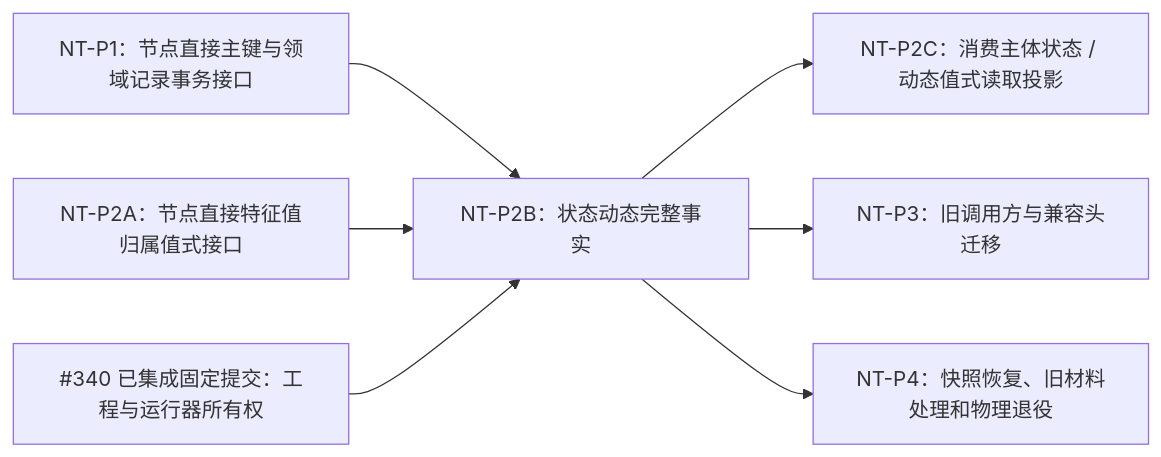
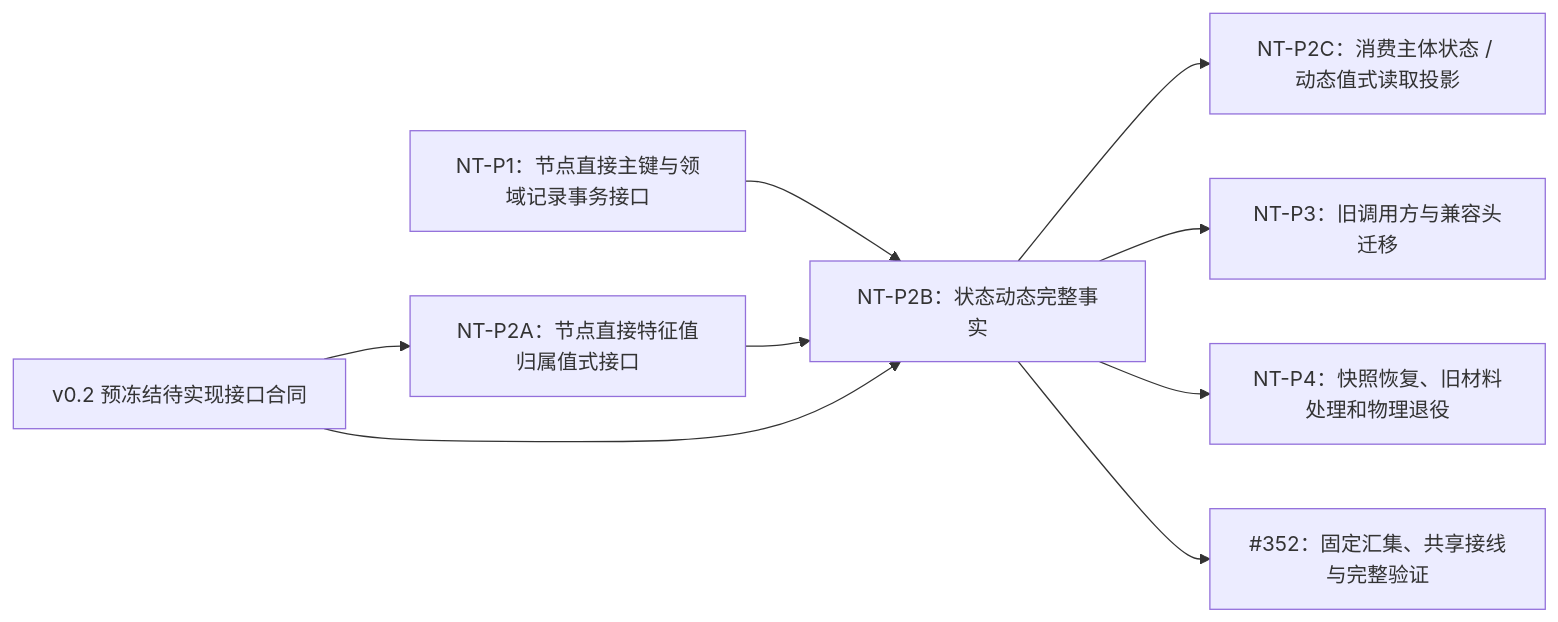
One commit to chunhaizh-cyber/HY-Ego changed the third of 3 diagrams in 项目记忆/设计记录/20260722_NODE-TYPED-MIGRATION_NT-P2B_函数结构知识图谱.md. Above: the diagram before and after it, drawn with Mermaid. The commit also changed other lines of this file and 72 other files, not shown here.

````diff
--- a/项目记忆/设计记录/20260722_NODE-TYPED-MIGRATION_NT-P2B_函数结构知识图谱.md
+++ b/项目记忆/设计记录/20260722_NODE-TYPED-MIGRATION_NT-P2B_函数结构知识图谱.md
@@ -365,9 +365,11 @@
 ```mermaid
 flowchart LR
     P1["NT-P1：节点直接主键与领域记录事务接口"] --> P2B["NT-P2B：状态动态完整事实"]
     P2A["NT-P2A：节点直接特征值归属值式接口"] --> P2B
     P2B --> P2C["NT-P2C：消费主体状态 / 动态值式读取投影"]
     P2B --> P3["NT-P3：旧调用方与兼容头迁移"]
     P2B --> P4["NT-P4：快照恢复、旧材料处理和物理退役"]
-    P2A工程["#340 已集成固定提交：工程与运行器所有权"] --> P2B
+    合同["v0.2 预冻结待实现接口合同"] --> P2A
+    合同 --> P2B
+    P2B --> FINAL["#352：固定汇集、共享接线与完整验证"]
 ```
````
